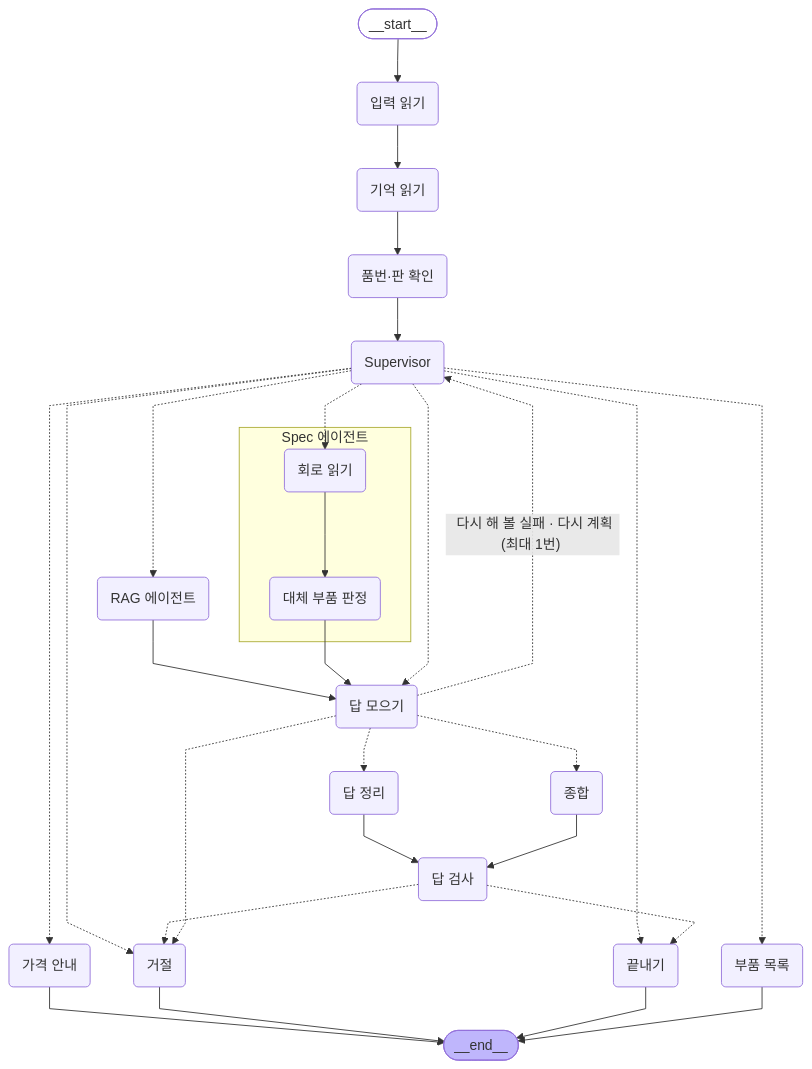
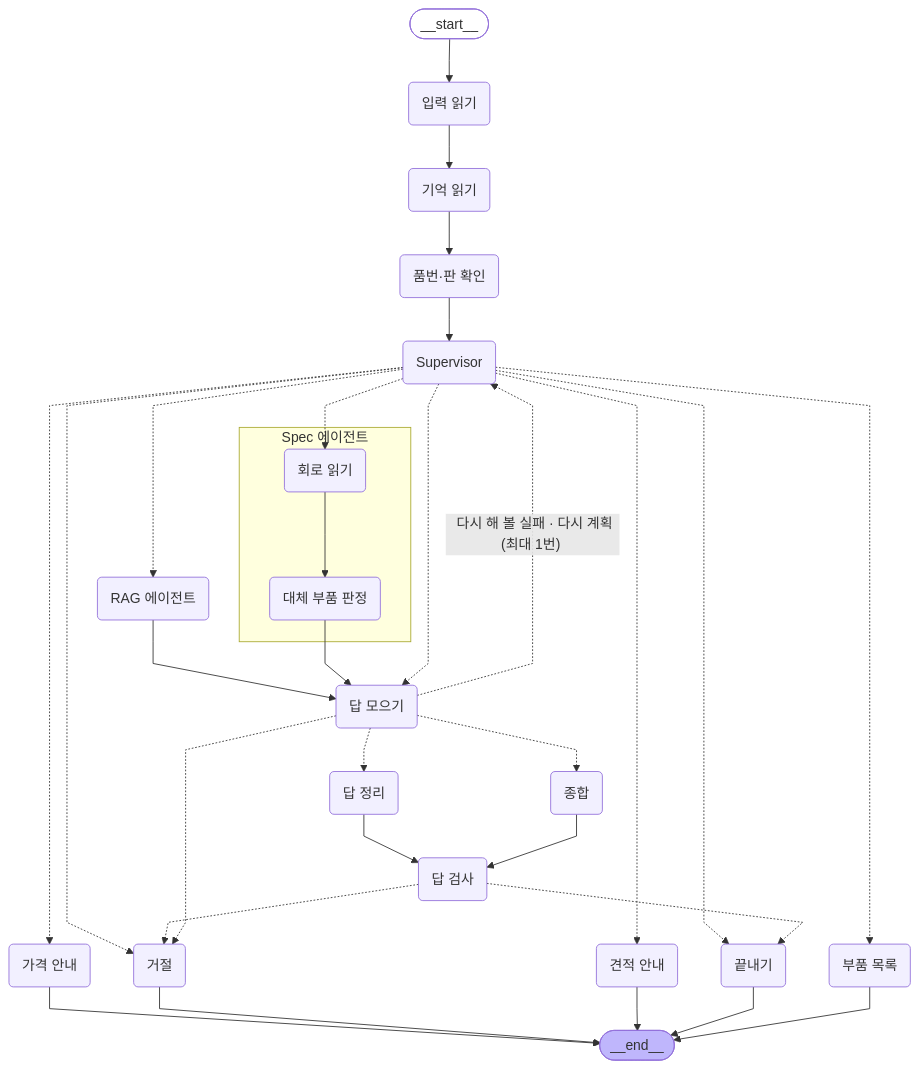
The diagram in README.md (HJU5022/SojaFit), drawn with Mermaid before and after one commit. The commit also changed other lines of this file and 19 other files, not shown here.

First line of the commit message:
fix(graph): 견적 요청을 quote로 분류하고 코드가 견적 만드는 화면 길을 고정 문구로 답한다(#60)

````diff
--- a/README.md
+++ b/README.md
@@ -69,56 +69,59 @@
 ```mermaid
 ---
 config:
   flowchart:
     curve: linear
 ---
 graph TD;
 	__start__([<p>__start__</p>]):::first
 	입력_읽기(입력 읽기)
 	기억_읽기(기억 읽기)
 	품번_판_확인(품번·판 확인)
 	Supervisor(Supervisor)
 	RAG_에이전트(RAG 에이전트)
 	답_모으기(답 모으기)
 	답_정리(답 정리)
 	종합(종합)
 	답_검사(답 검사)
 	끝내기(끝내기)
 	거절(거절)
 	가격_안내(가격 안내)
 	부품_목록(부품 목록)
+	견적_안내(견적 안내)
 	__end__([<p>__end__</p>]):::last
 	RAG_에이전트 --> 답_모으기;
 	Spec_에이전트_대체_부품_판정 --> 답_모으기;
 	Supervisor -.-> RAG_에이전트;
 	Supervisor -.-> Spec_에이전트_회로_읽기;
 	Supervisor -.-> 가격_안내;
 	Supervisor -.-> 거절;
+	Supervisor -.-> 견적_안내;
 	Supervisor -.-> 끝내기;
 	Supervisor -.-> 답_모으기;
 	Supervisor -.-> 부품_목록;
 	__start__ --> 입력_읽기;
 	기억_읽기 --> 품번_판_확인;
 	답_검사 -.-> 거절;
 	답_검사 -.-> 끝내기;
 	답_모으기 -.->|"&nbsp;다시 해 볼 실패 · 다시 계획(최대 1번)&nbsp;"| Supervisor;
 	답_모으기 -.-> 거절;
 	답_모으기 -.-> 답_정리;
 	답_모으기 -.-> 종합;
 	답_정리 --> 답_검사;
 	입력_읽기 --> 기억_읽기;
 	종합 --> 답_검사;
 	품번_판_확인 --> Supervisor;
 	가격_안내 --> __end__;
 	거절 --> __end__;
+	견적_안내 --> __end__;
 	끝내기 --> __end__;
 	부품_목록 --> __end__;
 	subgraph Spec 에이전트
 	Spec_에이전트_회로_읽기(회로 읽기)
 	Spec_에이전트_대체_부품_판정(대체 부품 판정)
 	Spec_에이전트_회로_읽기 --> Spec_에이전트_대체_부품_판정;
 	end
 	classDef default fill:#f2f0ff,line-height:1.2
 	classDef first fill-opacity:0
 	classDef last fill:#bfb6fc
 ```
````
